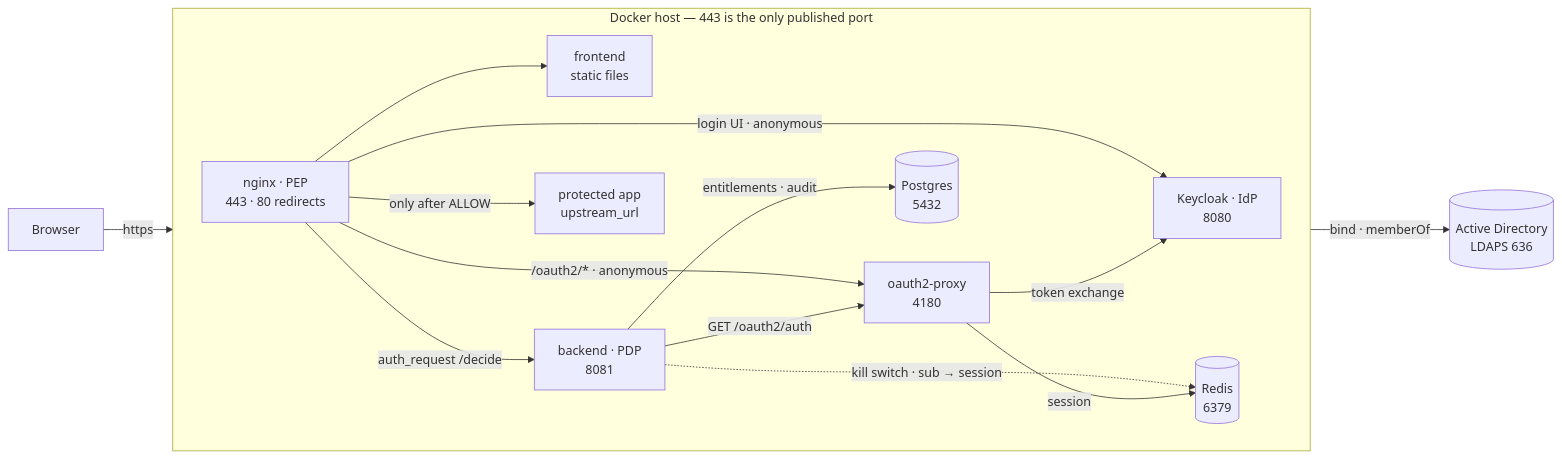
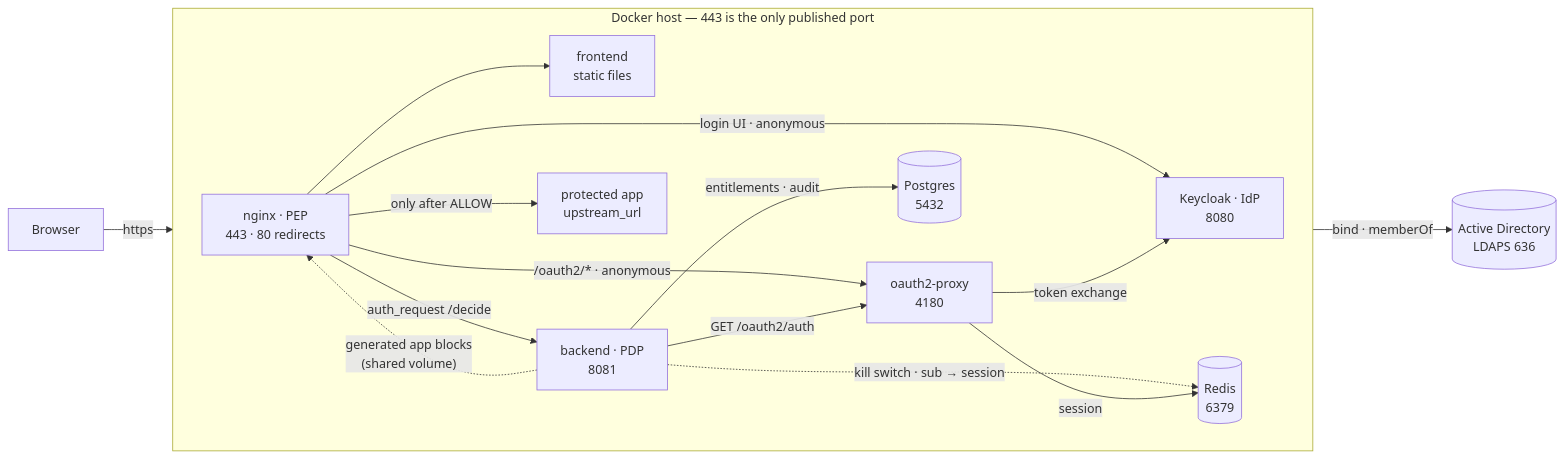
The diagram in README.md (murat-akpinar/OpenBerat), drawn with Mermaid before and after one commit. The commit also changed other lines of this file and 2 other files, not shown here.

First line of the commit message:
docs: show the generated-config path in both READMEs and the deployment map

````diff
--- a/README.md
+++ b/README.md
@@ -46,31 +46,32 @@
 ```mermaid
 flowchart LR
     browser["Browser"]
 
     subgraph host["Docker host — 443 is the only published port"]
         direction LR
         nginx["nginx · PEP<br>443 · 80 redirects"]
         frontend["frontend<br>static files"]
         backend["backend · PDP<br>8081"]
         o2p["oauth2-proxy<br>4180"]
         kc["Keycloak · IdP<br>8080"]
         pg[("Postgres<br>5432")]
         redis[("Redis<br>6379")]
         app["protected app<br>upstream_url"]
     end
 
     ad[("Active Directory<br>LDAPS 636")]
 
     browser -->|https| nginx
     nginx --> frontend
     nginx -->|"auth_request /decide"| backend
     nginx -->|"/oauth2/* · anonymous"| o2p
     nginx -->|"login UI · anonymous"| kc
     nginx -->|"only after ALLOW"| app
     backend -->|"GET /oauth2/auth"| o2p
     backend -->|"entitlements · audit"| pg
     backend -.->|"kill switch · sub → session"| redis
+    backend -.->|"generated app blocks<br>(shared volume)"| nginx
     o2p -->|session| redis
     o2p -->|"token exchange"| kc
     kc -->|"bind · memberOf"| ad
 ```
````
